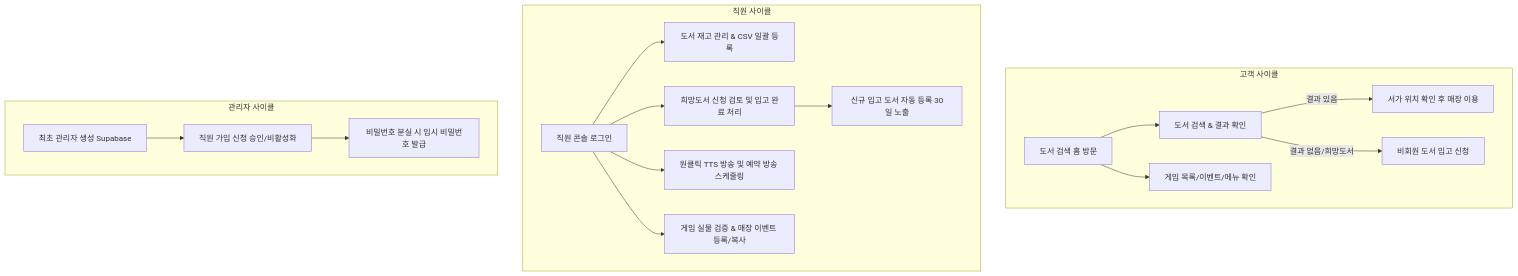
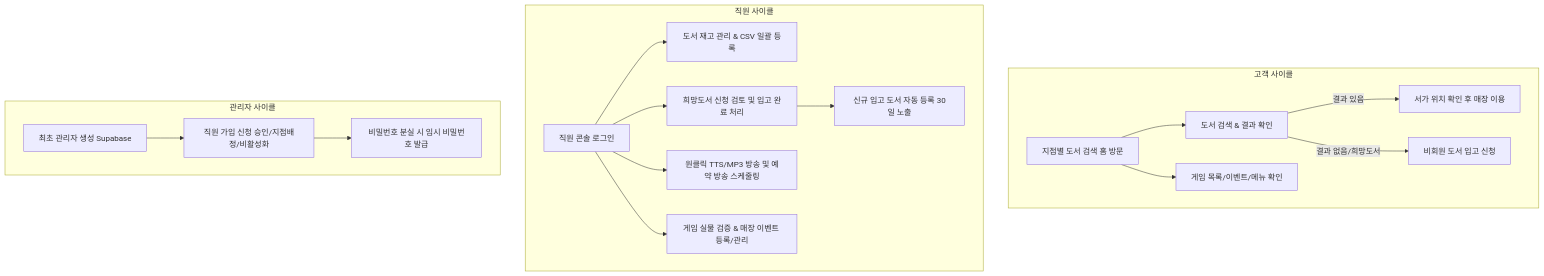
The diagram in docs/PRD.md (SHINJAEHEE-DEV/CartoonPlus), drawn with Mermaid before and after one commit. The commit also changed other lines of this file and 4 other files, not shown here.

````diff
--- a/docs/PRD.md
+++ b/docs/PRD.md
@@ -48,22 +48,22 @@
 ```mermaid
 flowchart TD
     subgraph 고객_사이클 [고객 사이클]
-        A1[도서 검색 홈 방문] --> A2[도서 검색 & 결과 확인]
+        A1[지점별 도서 검색 홈 방문] --> A2[도서 검색 & 결과 확인]
         A2 -- 결과 있음 --> A3[서가 위치 확인 후 매장 이용]
         A2 -- 결과 없음/희망도서 --> A4[비회원 도서 입고 신청]
         A1 --> A5[게임 목록/이벤트/메뉴 확인]
     end
 
     subgraph 직원_사이클 [직원 사이클]
         B1[직원 콘솔 로그인] --> B2[도서 재고 관리 & CSV 일괄 등록]
         B1 --> B3[희망도서 신청 검토 및 입고 완료 처리]
         B3 --> B4[신규 입고 도서 자동 등록 30일 노출]
-        B1 --> B5[원클릭 TTS 방송 및 예약 방송 스케줄링]
-        B1 --> B6[게임 실물 검증 & 매장 이벤트 등록/복사]
+        B1 --> B5[원클릭 TTS/MP3 방송 및 예약 방송 스케줄링]
+        B1 --> B6[게임 실물 검증 & 매장 이벤트 등록/관리]
     end
 
     subgraph 관리자_사이클 [관리자 사이클]
-        C1[최초 관리자 생성 Supabase] --> C2[직원 가입 신청 승인/비활성화]
+        C1[최초 관리자 생성 Supabase] --> C2[직원 가입 신청 승인/지점배정/비활성화]
         C2 --> C3[비밀번호 분실 시 임시 비밀번호 발급]
     end
 ```
````
